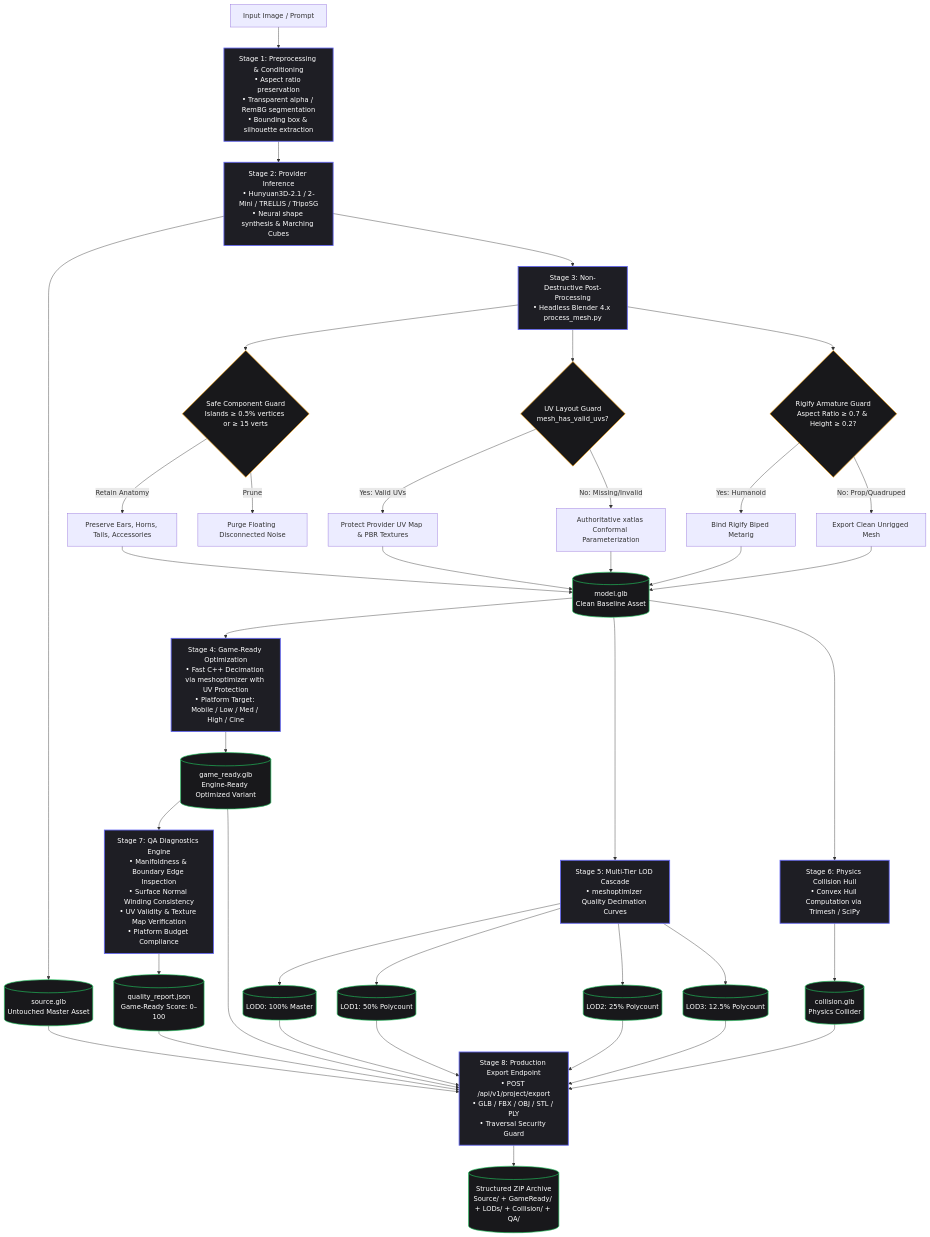
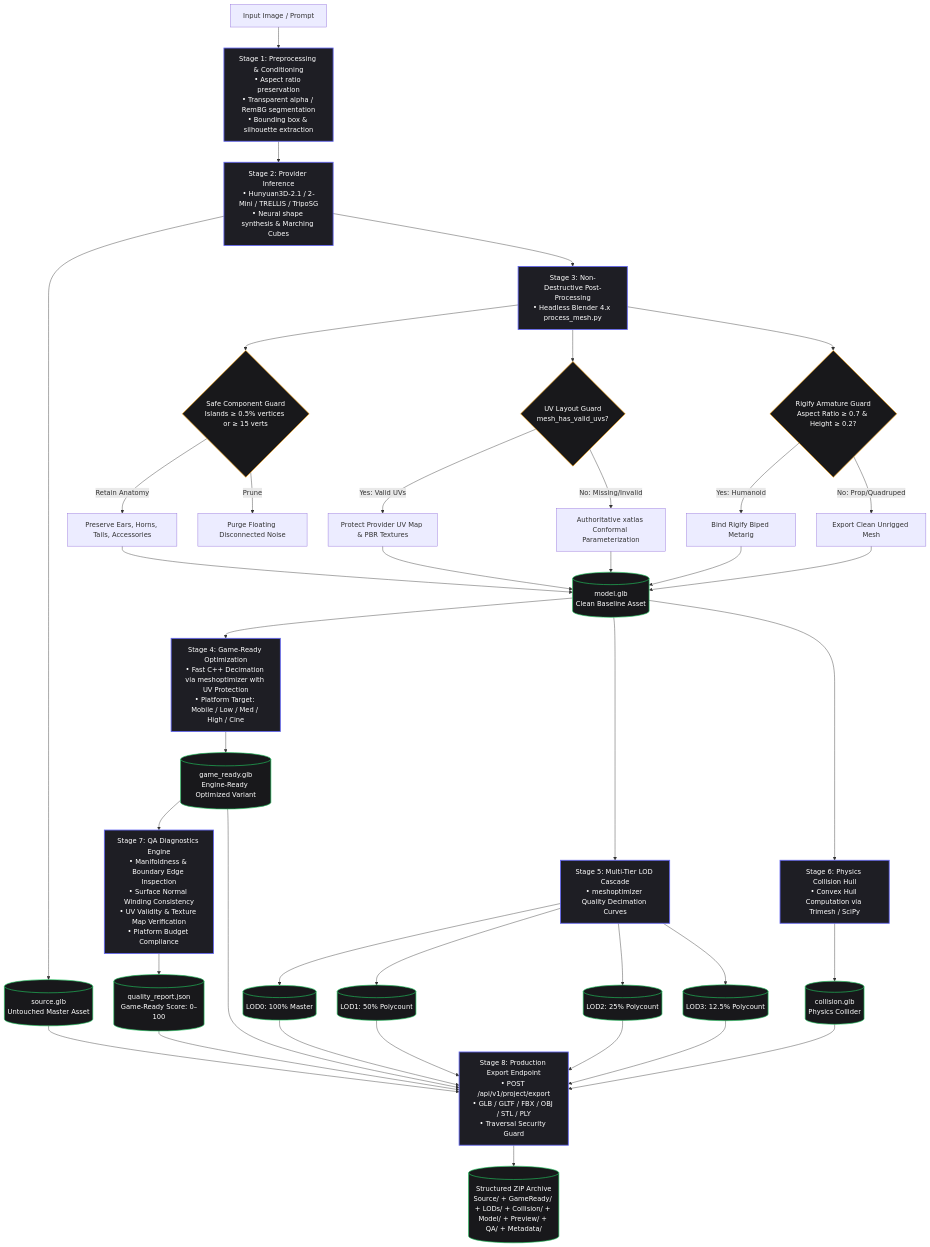
The diagram in Docs/3D_QUALITY_PIPELINE.md (Silentzx2/AI_Studio), drawn with Mermaid before and after one commit. The commit also changed other lines of this file and 10 other files, not shown here.

Commit message:
fix(pipeline): finalize hunyuan3d/trellis sampler controls, lod validation, and canonical gltf export

````diff
--- a/Docs/3D_QUALITY_PIPELINE.md
+++ b/Docs/3D_QUALITY_PIPELINE.md
@@ -7,58 +7,58 @@
 ```mermaid
 flowchart TD
     classDef stage fill:#1e1e24,stroke:#6366f1,stroke-width:2px,color:#fff;
     classDef data fill:#18181b,stroke:#22c55e,stroke-width:1.5px,color:#fff;
     classDef guard fill:#18181b,stroke:#f59e0b,stroke-width:1.5px,color:#fff;
 
     IN[Input Image / Prompt] --> PRE[Stage 1: Preprocessing & Conditioning<br/>• Aspect ratio preservation<br/>• Transparent alpha / RemBG segmentation<br/>• Bounding box & silhouette extraction]:::stage
     
     PRE --> INF[Stage 2: Provider Inference<br/>• Hunyuan3D-2.1 / 2-Mini / TRELLIS / TripoSG<br/>• Neural shape synthesis & Marching Cubes]:::stage
     
     INF --> RAW[(source.glb<br/>Untouched Master Asset)]:::data
     
     INF --> POST[Stage 3: Non-Destructive Post-Processing<br/>• Headless Blender 4.x process_mesh.py]:::stage
     
     POST --> G1{Safe Component Guard<br/>Islands ≥ 0.5% vertices or ≥ 15 verts}:::guard
     G1 -->|Retain Anatomy| BM[Preserve Ears, Horns, Tails, Accessories]
     G1 -->|Prune| FL[Purge Floating Disconnected Noise]
     
     POST --> G2{UV Layout Guard<br/>mesh_has_valid_uvs?}:::guard
     G2 -->|Yes: Valid UVs| P_UV[Protect Provider UV Map & PBR Textures]
     G2 -->|No: Missing/Invalid| X_UV[Authoritative xatlas Conformal Parameterization]
 
     POST --> G3{Rigify Armature Guard<br/>Aspect Ratio ≥ 0.7 & Height ≥ 0.2?}:::guard
     G3 -->|Yes: Humanoid| RIG[Bind Rigify Biped Metarig]
     G3 -->|No: Prop/Quadruped| NO_RIG[Export Clean Unrigged Mesh]
 
     BM --> MODEL[(model.glb<br/>Clean Baseline Asset)]:::data
     P_UV --> MODEL
     X_UV --> MODEL
     RIG --> MODEL
     NO_RIG --> MODEL
 
     MODEL --> OPT[Stage 4: Game-Ready Optimization<br/>• Fast C++ Decimation via meshoptimizer with UV Protection<br/>• Platform Target: Mobile / Low / Med / High / Cine]:::stage
     OPT --> GAME[(game_ready.glb<br/>Engine-Ready Optimized Variant)]:::data
 
     MODEL --> LOD[Stage 5: Multi-Tier LOD Cascade<br/>• meshoptimizer Quality Decimation Curves]:::stage
     LOD --> L0[(LOD0: 100% Master)]:::data
     LOD --> L1[(LOD1: 50% Polycount)]:::data
     LOD --> L2[(LOD2: 25% Polycount)]:::data
     LOD --> L3[(LOD3: 12.5% Polycount)]:::data
 
     MODEL --> COL[Stage 6: Physics Collision Hull<br/>• Convex Hull Computation via Trimesh / SciPy]:::stage
     COL --> COLL[(collision.glb<br/>Physics Collider)]:::data
 
     GAME --> QA[Stage 7: QA Diagnostics Engine<br/>• Manifoldness & Boundary Edge Inspection<br/>• Surface Normal Winding Consistency<br/>• UV Validity & Texture Map Verification<br/>• Platform Budget Compliance]:::stage
     QA --> SCORE[(quality_report.json<br/>Game-Ready Score: 0–100)]:::data
 
-    GAME --> EXP[Stage 8: Production Export Endpoint<br/>• POST /api/v1/project/export<br/>• GLB / FBX / OBJ / STL / PLY<br/>• Traversal Security Guard]:::stage
+    GAME --> EXP[Stage 8: Production Export Endpoint<br/>• POST /api/v1/project/export<br/>• GLB / GLTF / FBX / OBJ / STL / PLY<br/>• Traversal Security Guard]:::stage
     RAW --> EXP
     L0 --> EXP
     L1 --> EXP
     L2 --> EXP
     L3 --> EXP
     COLL --> EXP
     SCORE --> EXP
 
-    EXP --> ZIP[(Structured ZIP Archive<br/>Source/ + GameReady/ + LODs/ + Collision/ + QA/)]:::data
+    EXP --> ZIP[(Structured ZIP Archive<br/>Source/ + GameReady/ + LODs/ + Collision/ + Model/ + Preview/ + QA/ + Metadata/)]:::data
 ```
````
